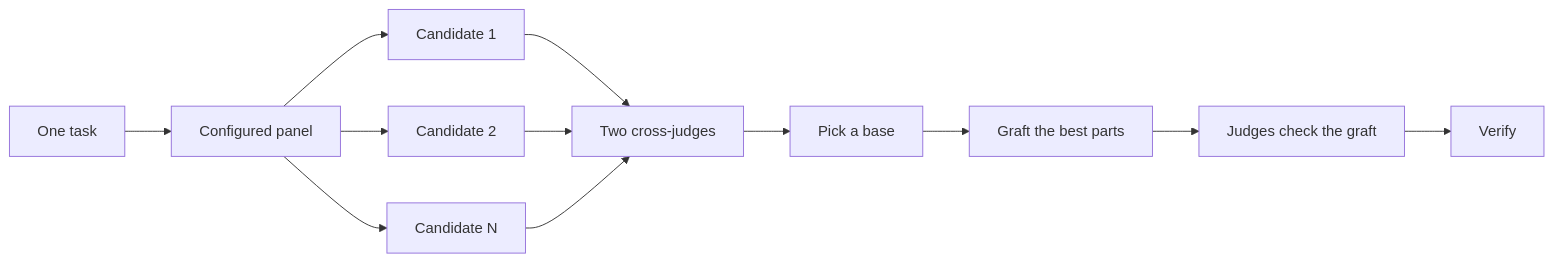
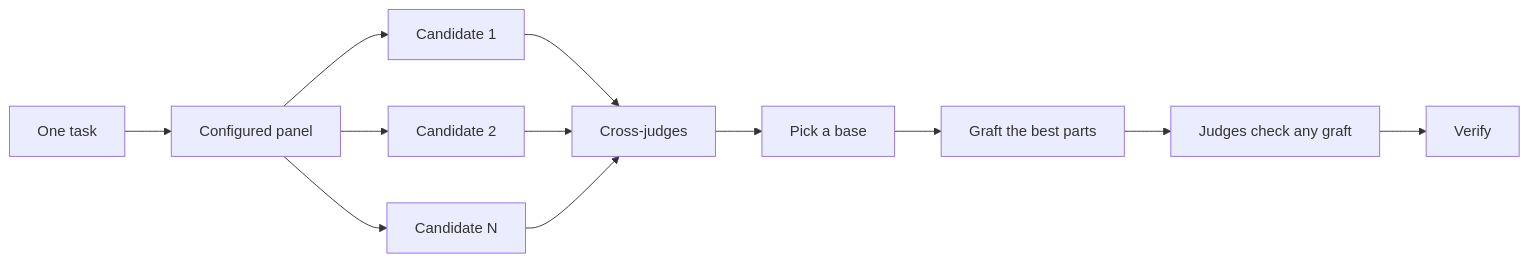
Before and after one commit to jensoncr/jstack: the diagram in docs/guide/04-design.md, drawn with Mermaid. The commit also changed other lines of this file and 6 other files, not shown here.

````diff
--- a/docs/guide/04-design.md
+++ b/docs/guide/04-design.md
@@ -25,14 +25,14 @@
 ```mermaid
 flowchart LR
     A[One task] --> B[Configured panel]
     B --> C[Candidate 1]
     B --> D[Candidate 2]
     B --> E[Candidate N]
-    C --> F[Two cross-judges]
+    C --> F[Cross-judges]
     D --> F
     E --> F
     F --> G[Pick a base]
     G --> H[Graft the best parts]
-    H --> J[Judges check the graft]
+    H --> J[Judges check any graft]
     J --> I[Verify]
 ```
````
